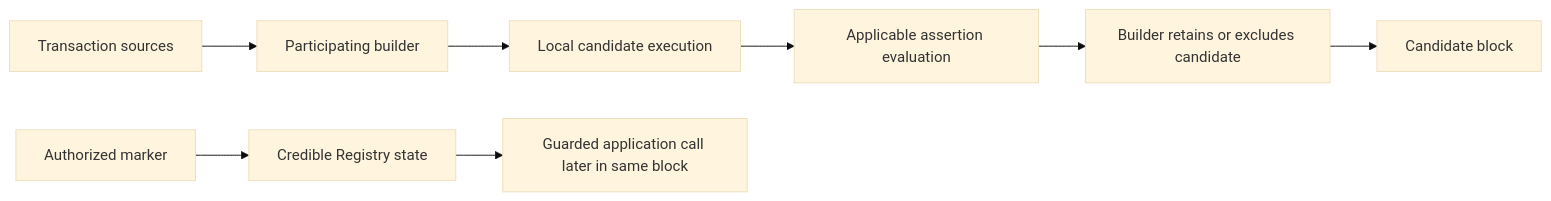
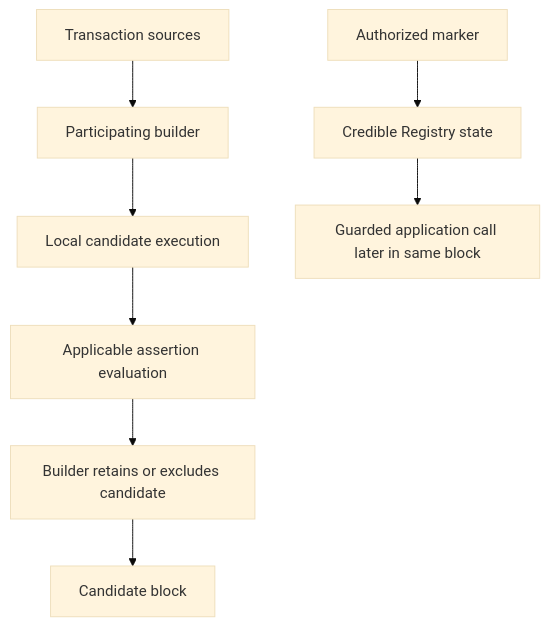
Before and after one commit to phylaxsystems/phylax-docs: the diagram in credible/network-integrations/architecture-ethereum.mdx, drawn with Mermaid (base theme). The commit also changed 10 other files, not shown here.

````diff
--- a/credible/network-integrations/architecture-ethereum.mdx
+++ b/credible/network-integrations/architecture-ethereum.mdx
@@ -16,10 +16,10 @@
 ```mermaid
-flowchart LR
+flowchart TD
   Ingress[Transaction sources] --> Builder[Participating builder]
   Builder --> Execution[Local candidate execution]
   Execution --> Evaluator[Applicable assertion evaluation]
   Evaluator --> Decision[Builder retains or excludes candidate]
   Decision --> Block[Candidate block]
   Marker[Authorized marker] --> Registry[Credible Registry state]
   Registry --> Guard[Guarded application call later in same block]
 ```
````
